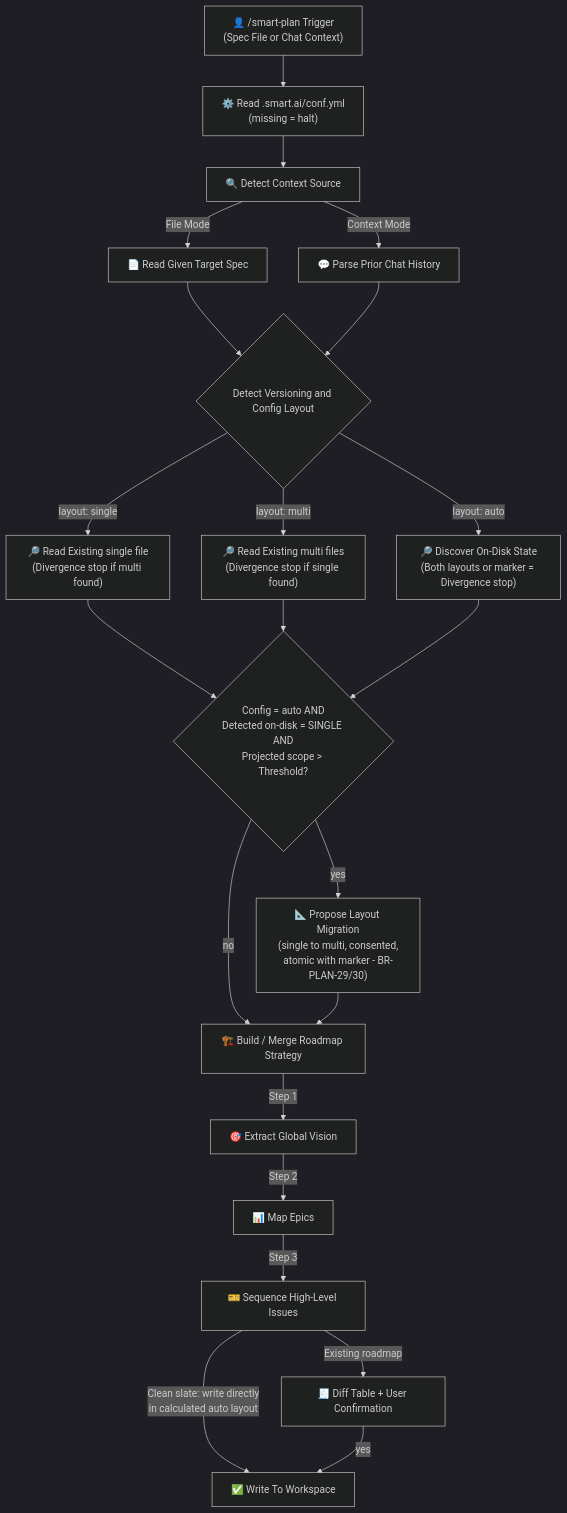
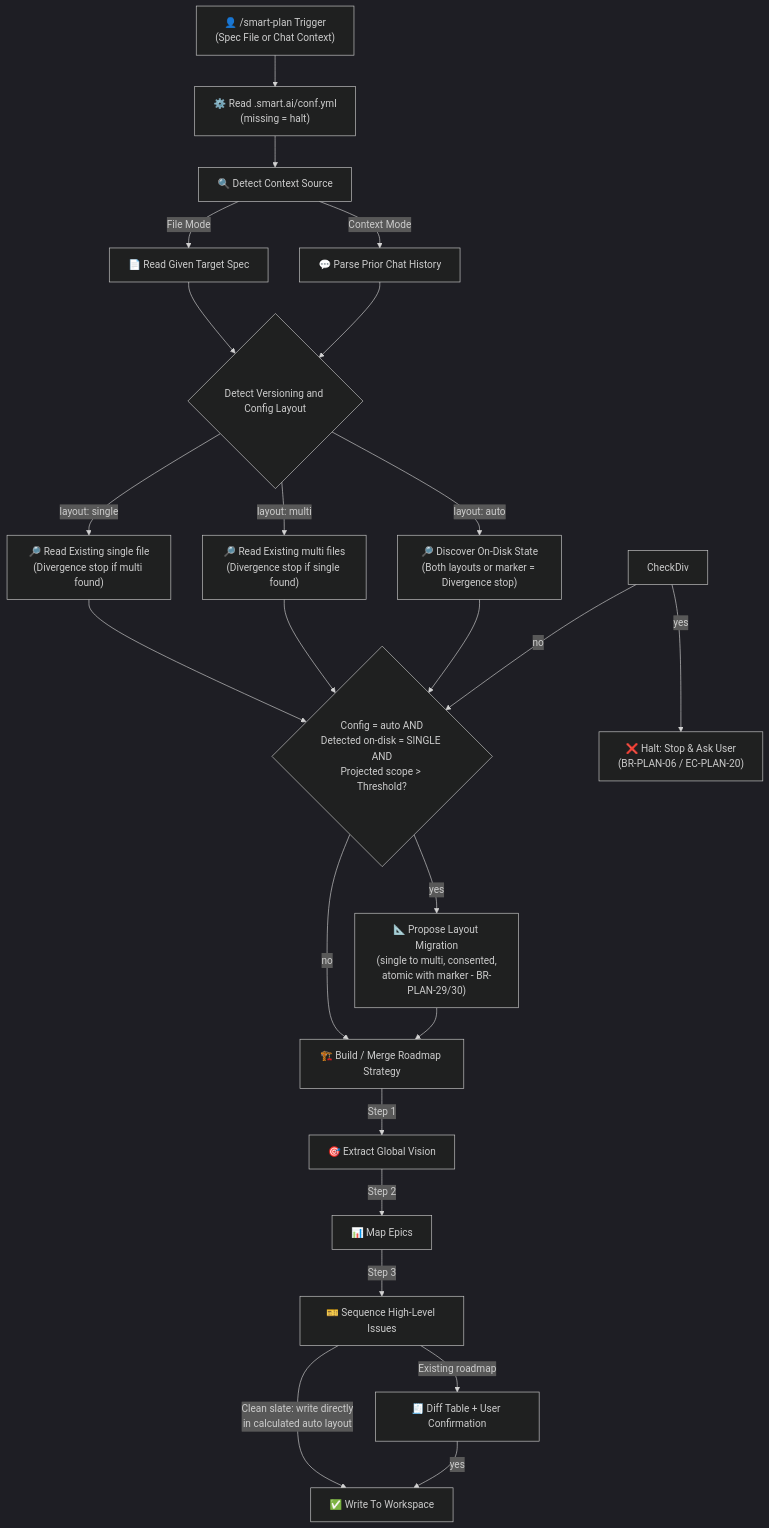
One commit to fletort/smart-ai-factory changed the first of 3 diagrams in docs/specs/smart-plan.md. Above: the diagram before and after it, drawn with Mermaid (dark theme). The commit also changed other lines of this file, not shown here.

````diff
--- a/docs/specs/smart-plan.md
+++ b/docs/specs/smart-plan.md
@@ -49,33 +49,36 @@
   ```mermaid
   graph TD
       Input["👤 /smart-plan Trigger<br/>(Spec File or Chat Context)"] --> Config["⚙️ Read .smart.ai/conf.yml<br/>(missing = halt)"]
       Config --> Source["🔍 Detect Context Source"]
 
       Source -->|File Mode| ReadFile["📄 Read Given Target Spec"]
       Source -->|Context Mode| ReadChat["💬 Parse Prior Chat History"]
 
       ReadFile --> Strategy{"Detect Versioning and Config Layout"}
       ReadChat --> Strategy
 
       Strategy -->|layout: single| DiscoverSingle["🔎 Read Existing single file<br/>(Divergence stop if multi found)"]
       Strategy -->|layout: multi| DiscoverMulti["🔎 Read Existing multi files<br/>(Divergence stop if single found)"]
       Strategy -->|layout: auto| DiscoverAuto["🔎 Discover On-Disk State<br/>(Both layouts or marker = Divergence stop)"]
 
       DiscoverSingle --> LayoutEval
       DiscoverMulti --> LayoutEval
       DiscoverAuto --> LayoutEval
 
+      CheckDiv -->|yes| HaltDiv["❌ Halt: Stop & Ask User<br/>(BR-PLAN-06 / EC-PLAN-20)"]
+      CheckDiv -->|no| LayoutEval{"Config = auto AND<br/>Detected on-disk = SINGLE AND<br/>Projected scope > Threshold?"}
+
       LayoutEval{"Config = auto AND<br/>Detected on-disk = SINGLE AND<br/>Projected scope > Threshold?"}
 
       LayoutEval -->|yes| ProposeLayout["📐 Propose Layout Migration<br/>(single to multi, consented,<br/>atomic with marker - BR-PLAN-29/30)"]
       LayoutEval -->|no| Process["🏗️ Build / Merge Roadmap Strategy"]
       ProposeLayout --> Process
 
       Process -->|Step 1| Vision["🎯 Extract Global Vision"]
       Vision -->|Step 2| Epics["📊 Map Epics"]
       Epics -->|Step 3| Issues["🎫 Sequence High-Level Issues"]
 
       Issues -->|Clean slate: write directly<br/>in calculated auto layout| Output["✅ Write To Workspace"]
       Issues -->|Existing roadmap| Confirm["🧾 Diff Table + User Confirmation"]
       Confirm -->|yes| Output
   ```
````
